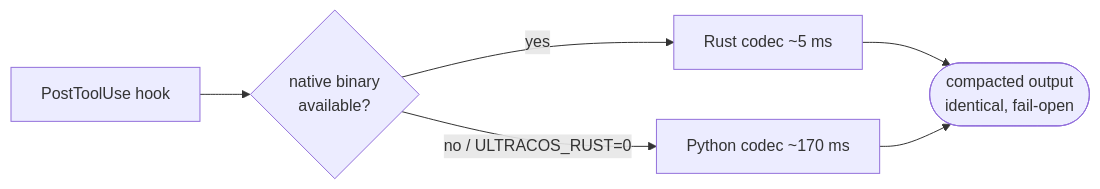
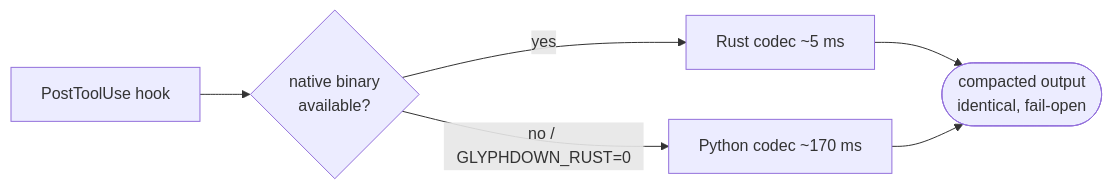
The third of 3 diagrams in README.md (MikkoParkkola/glyphdown), drawn with Mermaid before and after one commit. The commit also changed other lines of this file and 94 other files, not shown here.

````diff
--- a/README.md
+++ b/README.md
@@ -68,8 +68,8 @@
 ```mermaid
 flowchart LR
   H[PostToolUse hook] --> Qb{native binary<br/>available?}
   Qb -- yes --> Rb[Rust codec ~5 ms]
-  Qb -- "no / ULTRACOS_RUST=0" --> Py[Python codec ~170 ms]
+  Qb -- "no / GLYPHDOWN_RUST=0" --> Py[Python codec ~170 ms]
   Rb --> O([compacted output<br/>identical, fail-open])
   Py --> O
 ```
````
